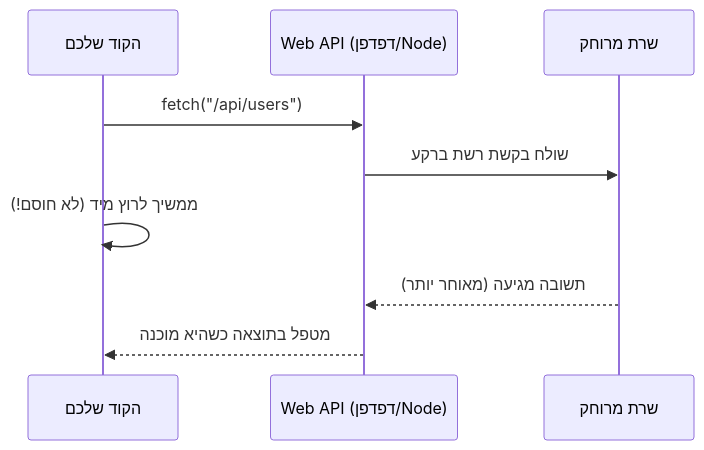
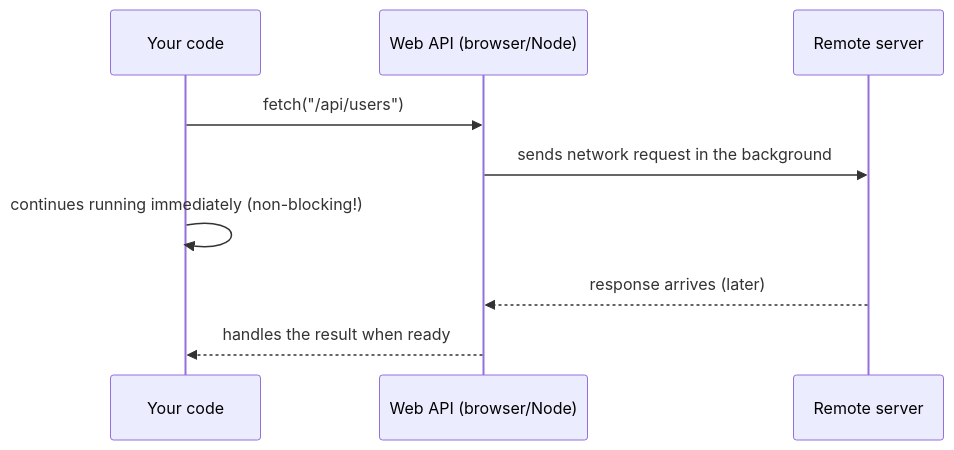
The diagram in content/docs/javascript/18-js-async-content.md (neriyaMalachi/FullStack_kodkode_5), drawn with Mermaid before and after one commit. The commit also changed other lines of this file and 117 other files, not shown here.

````diff
--- a/content/docs/javascript/18-js-async-content.md
+++ b/content/docs/javascript/18-js-async-content.md
@@ -49,11 +49,11 @@
 ```mermaid
 sequenceDiagram
-    participant Code as הקוד שלכם
-    participant Web as Web API (דפדפן/Node)
-    participant Server as שרת מרוחק
+    participant Code as Your code
+    participant Web as Web API (browser/Node)
+    participant Server as Remote server
     Code->>Web: fetch("/api/users")
-    Web->>Server: שולח בקשת רשת ברקע
-    Code->>Code: ממשיך לרוץ מיד (לא חוסם!)
-    Server-->>Web: תשובה מגיעה (מאוחר יותר)
-    Web-->>Code: מטפל בתוצאה כשהיא מוכנה
+    Web->>Server: sends network request in the background
+    Code->>Code: continues running immediately (non-blocking!)
+    Server-->>Web: response arrives (later)
+    Web-->>Code: handles the result when ready
 ```
````
